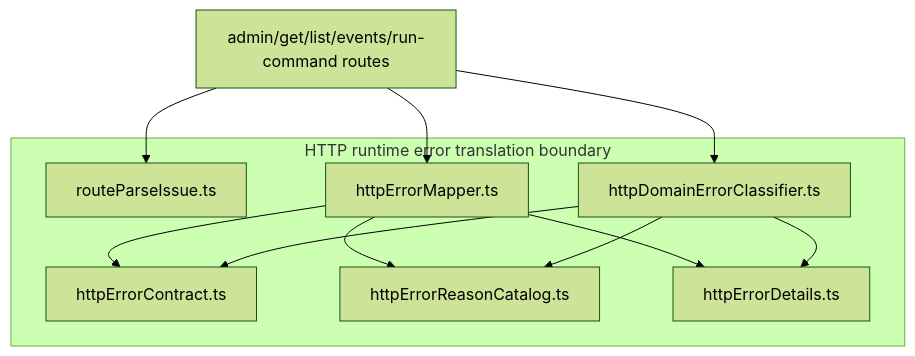
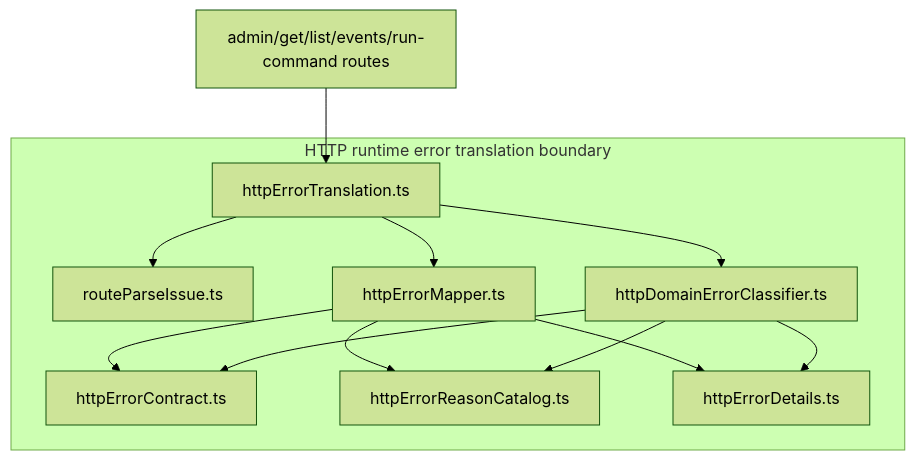
The second of 3 diagrams in apps/api/docs/http-runtime-error-translation-component.md (dunay2/dvt), drawn with Mermaid (forest theme) before and after one commit. The commit also changed other lines of this file and 16 other files, not shown here.

Commit message:
refactor(api): Expose HTTP error translation component API

````diff
--- a/apps/api/docs/http-runtime-error-translation-component.md
+++ b/apps/api/docs/http-runtime-error-translation-component.md
@@ -72,21 +82,23 @@
 ```mermaid
 flowchart TB
   subgraph Boundary["HTTP runtime error translation boundary"]
     Contract["httpErrorContract.ts"]
+    Api["httpErrorTranslation.ts"]
     Reasons["httpErrorReasonCatalog.ts"]
     Parse["routeParseIssue.ts"]
     Mapper["httpErrorMapper.ts"]
     Classifier["httpDomainErrorClassifier.ts"]
     Details["httpErrorDetails.ts"]
   end
 
-  Routes["admin/get/list/events/run-command routes"] --> Parse
-  Routes --> Mapper
-  Routes --> Classifier
+  Routes["admin/get/list/events/run-command routes"] --> Api
+  Api --> Parse
+  Api --> Mapper
+  Api --> Classifier
   Mapper --> Contract
   Classifier --> Contract
   Mapper --> Reasons
   Classifier --> Reasons
   Mapper --> Details
   Classifier --> Details
 ```
````
